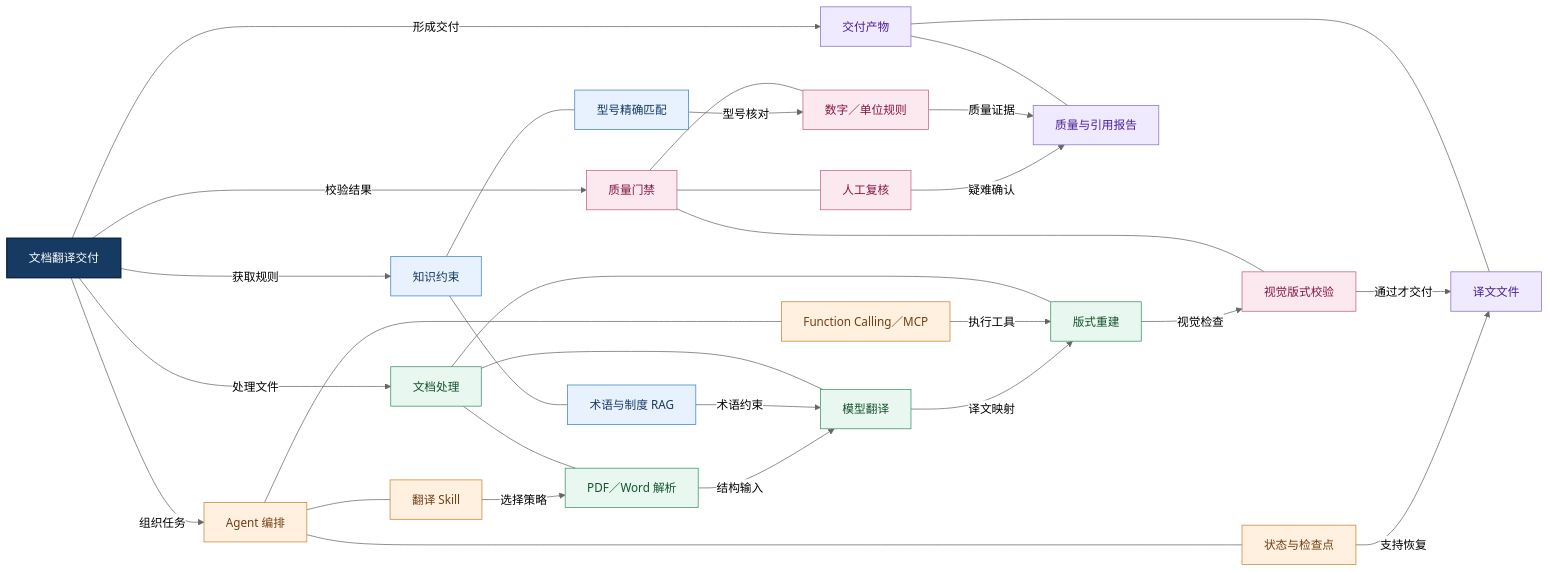
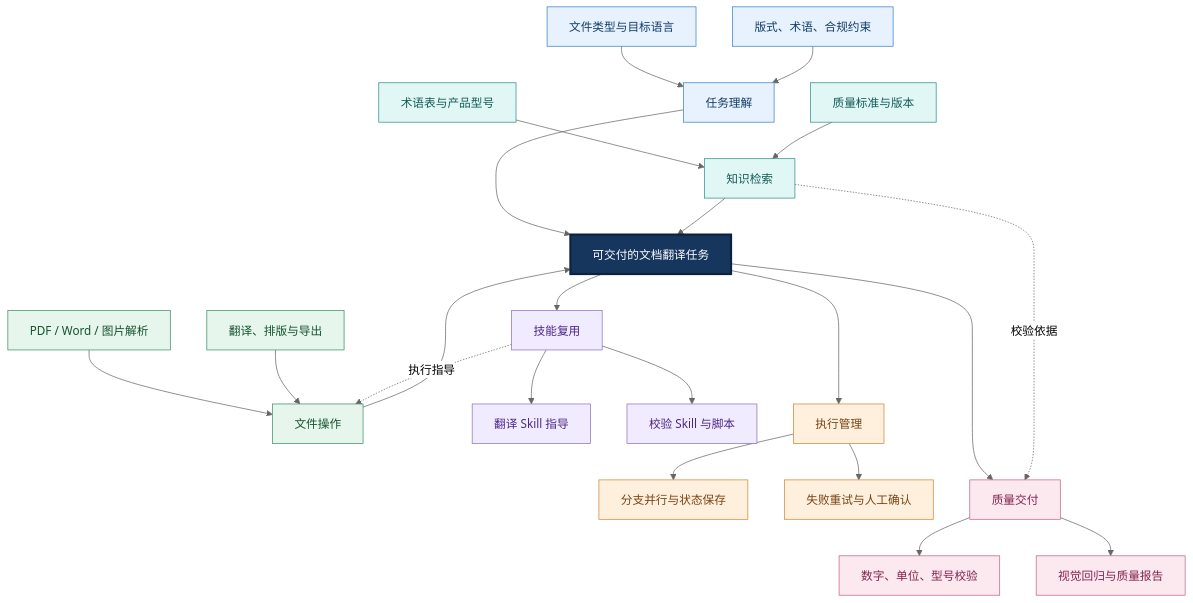
One commit to shufu151/Agent-Engineering-Handbook changed the sixth of 7 diagrams in 05-Agent-Knowledge-and-Tools/README.md. Above: the diagram before and after it, drawn with Mermaid (neutral theme). The commit also changed other lines of this file, not shown here.

````diff
--- a/05-Agent-Knowledge-and-Tools/README.md
+++ b/05-Agent-Knowledge-and-Tools/README.md
@@ -348,63 +382,60 @@
 ```mermaid
-flowchart LR
-    C["文档翻译交付"]
-    N["知识约束"]
-    D["文档处理"]
-    A["Agent 编排"]
-    Q["质量门禁"]
-    R["交付产物"]
-    N1["术语与制度 RAG"]
-    N2["型号精确匹配"]
-    D1["PDF／Word 解析"]
-    D2["模型翻译"]
-    D3["版式重建"]
-    A1["翻译 Skill"]
-    A2["Function Calling／MCP"]
-    A3["状态与检查点"]
-    Q1["数字／单位规则"]
-    Q2["视觉版式校验"]
-    Q3["人工复核"]
-    R1["译文文件"]
-    R2["质量与引用报告"]
-    C -->|获取规则| N
-    C -->|处理文件| D
-    C -->|组织任务| A
-    C -->|校验结果| Q
-    C -->|形成交付| R
-    N --- N1
-    N --- N2
-    D --- D1
-    D --- D2
-    D --- D3
-    A --- A1
-    A --- A2
-    A --- A3
-    Q --- Q1
-    Q --- Q2
-    Q --- Q3
-    R --- R1
-    R --- R2
-    N1 -->|术语约束| D2
-    N2 -->|型号核对| Q1
-    A1 -->|选择策略| D1
-    A2 -->|执行工具| D3
-    D1 -->|结构输入| D2
-    D2 -->|译文映射| D3
-    D3 -->|视觉检查| Q2
-    Q1 -->|质量证据| R2
-    Q2 -->|通过才交付| R1
-    Q3 -->|疑难确认| R2
-    A3 -->|支持恢复| R1
-    classDef core fill:#163a62,stroke:#0d2744,color:#fff,stroke-width:2px
-    classDef know fill:#e8f2ff,stroke:#3b82c4,color:#163a62
-    classDef tool fill:#e8f7ef,stroke:#389268,color:#14532d
-    classDef control fill:#fff0df,stroke:#c78535,color:#713f12
-    classDef guard fill:#fce8ef,stroke:#bf6284,color:#831843
-    classDef result fill:#f0eaff,stroke:#8b6dbb,color:#4c1d95
-    class C core
-    class N,N1,N2 know
-    class D,D1,D2,D3 tool
-    class A,A1,A2,A3 control
-    class Q,Q1,Q2,Q3 guard
-    class R,R1,R2 result
+flowchart TB
+    ROOT["可交付的文档翻译任务"]
+    PA["任务理解"]
+    PA1["文件类型与目标语言"]
+    PA2["版式、术语、合规约束"]
+    PB["知识检索"]
+    PB1["术语表与产品型号"]
+    PB2["质量标准与版本"]
+    PC["文件操作"]
+    PC1["PDF / Word / 图片解析"]
+    PC2["翻译、排版与导出"]
+    PD["技能复用"]
+    PD1["翻译 Skill 指导"]
+    PD2["校验 Skill 与脚本"]
+    PE["执行管理"]
+    PE1["分支并行与状态保存"]
+    PE2["失败重试与人工确认"]
+    PF["质量交付"]
+    PF1["数字、单位、型号校验"]
+    PF2["视觉回归与质量报告"]
+    PA --> ROOT
+    PA1 --> PA
+    PA2 --> PA
+    PB --> ROOT
+    PB1 --> PB
+    PB2 --> PB
+    PC --> ROOT
+    PC1 --> PC
+    PC2 --> PC
+    ROOT --> PD
+    PD --> PD1
+    PD --> PD2
+    ROOT --> PE
+    PE --> PE1
+    PE --> PE2
+    ROOT --> PF
+    PF --> PF1
+    PF --> PF2
+    PA ~~~ PB
+    PB ~~~ PC
+    PD ~~~ PE
+    PE ~~~ PF
+    PB -. "校验依据" .-> PF
+    PD -. "执行指导" .-> PC
+    classDef core fill:#17365d,stroke:#0b2340,color:#ffffff,stroke-width:3px
+    classDef blue fill:#e8f2ff,stroke:#3b82c4,color:#123d67
+    classDef green fill:#e7f6ed,stroke:#389268,color:#14532d
+    classDef orange fill:#fff0de,stroke:#cb883e,color:#784313
+    classDef purple fill:#f1ebff,stroke:#8c71bf,color:#4c2785
+    classDef pink fill:#fce8ef,stroke:#c2648a,color:#84234d
+    classDef teal fill:#e1f7f5,stroke:#2d918b,color:#135b56
+    class ROOT core
+    class PA,PA1,PA2 blue
+    class PB,PB1,PB2 teal
+    class PC,PC1,PC2 green
+    class PD,PD1,PD2 purple
+    class PE,PE1,PE2 orange
+    class PF,PF1,PF2 pink
 ```
````
